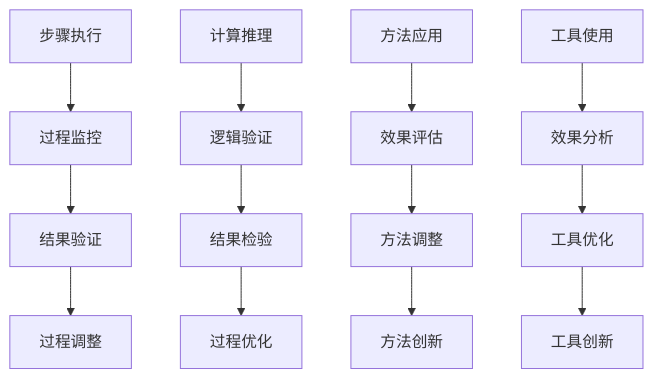
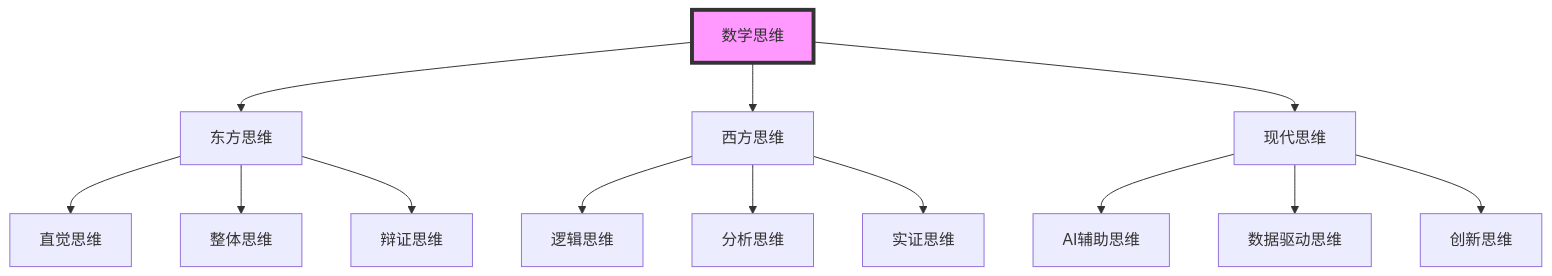
Before and after one commit to AdaMartin18010/SeniorMath: the third of 10 diagrams in mindmaps/flow-charts/数学思维流程图.md, drawn with Mermaid. The commit also changed other lines of this file and 36 other files, not shown here.

````diff
--- a/mindmaps/flow-charts/数学思维流程图.md
+++ b/mindmaps/flow-charts/数学思维流程图.md
@@ -101,18 +105,20 @@
 ```mermaid
 graph TD
-    E1[步骤执行] --> E2[过程监控]
-    E2 --> E3[结果验证]
-    E3 --> E4[过程调整]
+    A[数学思维] --> B[东方思维]
+    A --> C[西方思维]
+    A --> D[现代思维]
     
-    F1[计算推理] --> F2[逻辑验证]
-    F2 --> F3[结果检验]
-    F3 --> F4[过程优化]
+    B --> E[直觉思维]
+    B --> F[整体思维]
+    B --> G[辩证思维]
     
-    G1[方法应用] --> G2[效果评估]
-    G2 --> G3[方法调整]
-    G3 --> G4[方法创新]
+    C --> H[逻辑思维]
+    C --> I[分析思维]
+    C --> J[实证思维]
     
-    H1[工具使用] --> H2[效果分析]
-    H2 --> H3[工具优化]
-    H3 --> H4[工具创新]
+    D --> K[AI辅助思维]
+    D --> L[数据驱动思维]
+    D --> M[创新思维]
+    
+    style A fill:#f9f,stroke:#333,stroke-width:4px
 ```
````
